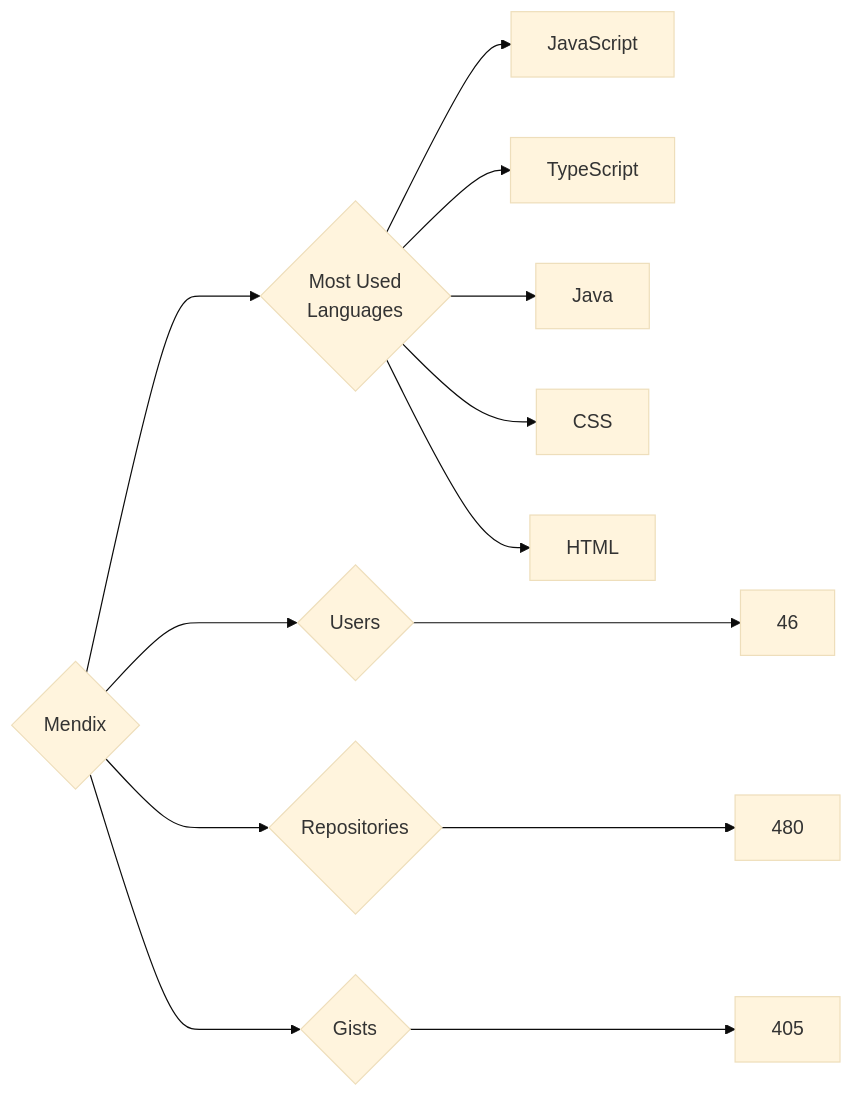
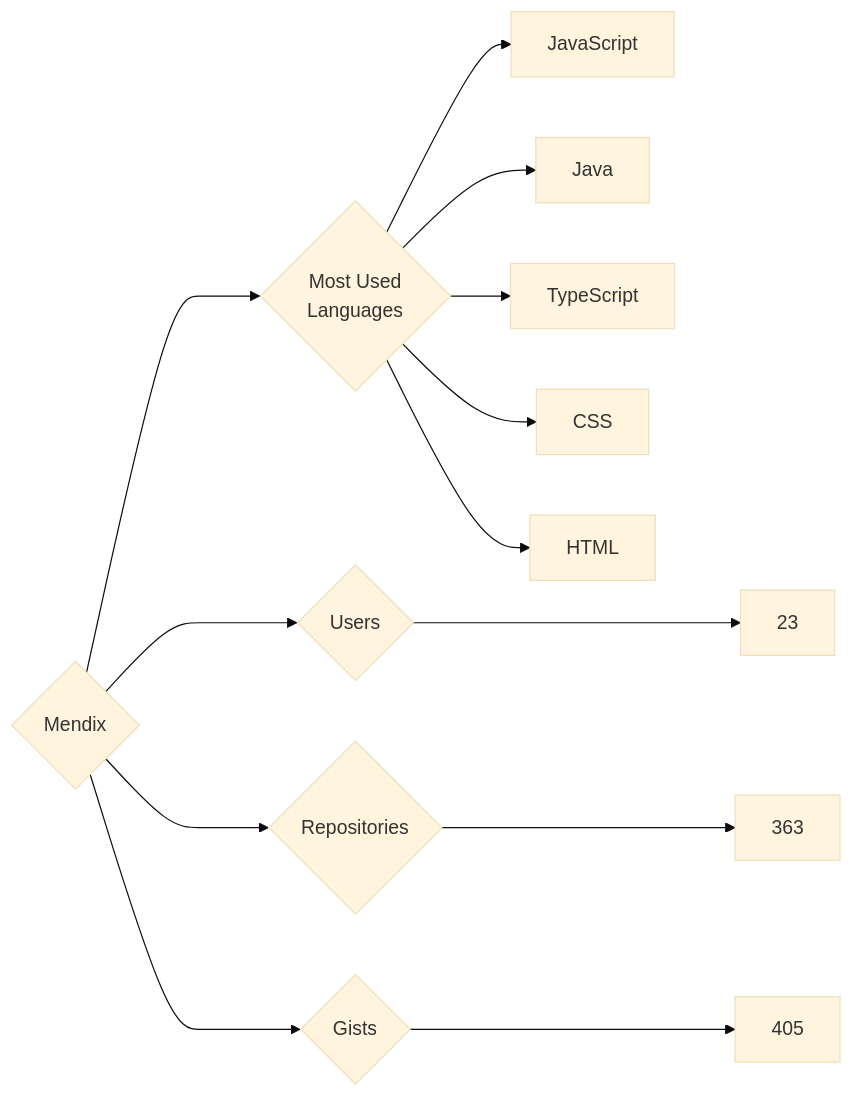
Before and after one commit to trickest/insiders: the diagram in targets/Mendix/README.md, drawn with Mermaid (base theme). The commit also changed 725 other files, not shown here.

````diff
--- a/targets/Mendix/README.md
+++ b/targets/Mendix/README.md
@@ -3,13 +3,13 @@
 ```mermaid
 graph LR
 COMPANY_NAME{Mendix}
-COMPANY_NAME ---> U{Users} ---> UN[46]
-COMPANY_NAME ---> R{Repositories} ---> RN[480]
+COMPANY_NAME ---> U{Users} ---> UN[23]
+COMPANY_NAME ---> R{Repositories} ---> RN[363]
 COMPANY_NAME ---> G{Gists} ---> GN[405]
 COMPANY_NAME ---> ML{Most Used<br>Languages}
 ML --> JavaScript[JavaScript]
+ML --> Java[Java]
 ML --> TypeScript[TypeScript]
-ML --> Java[Java]
 ML --> CSS[CSS]
 ML --> HTML[HTML]
 ```
````
